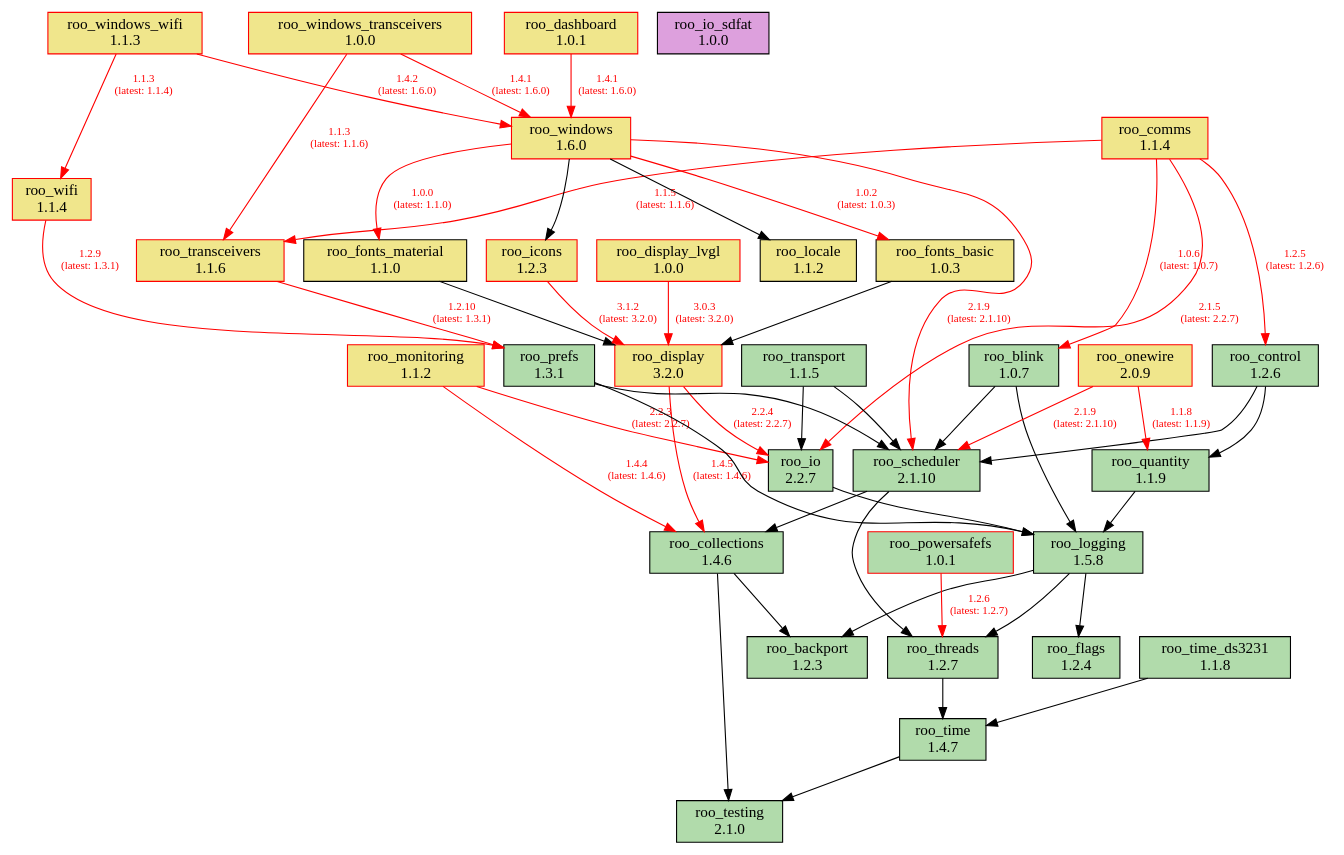
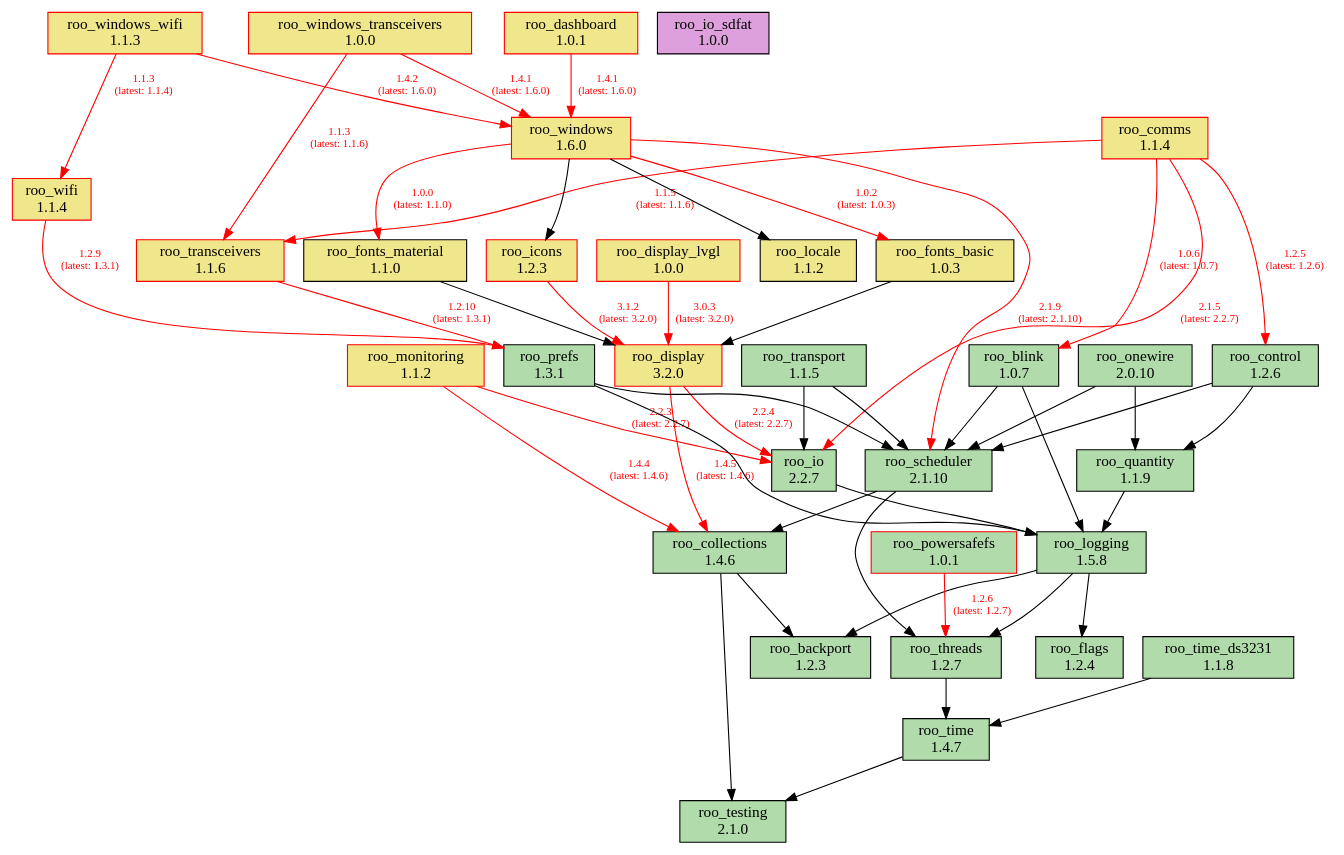
One commit to dejwk/roo-registry changed the diagram in doc/dependencies.dot. Above: the diagram before and after it, drawn with Graphviz. The commit also changed 3 other files, not shown here.

Commit message:
Added roo_onewire 2.0.10 to the registry.

```diff
--- a/doc/dependencies.dot
+++ b/doc/dependencies.dot
@@ -1,88 +1,88 @@
 digraph dependencies {
     rankdir=TB;
     node [shape=box, style=filled];
     edge [fontsize=10];
 
     // Modules
     "roo_backport" [label="roo_backport\n1.2.3", fillcolor="#b1dbab", color="black"];
     "roo_blink" [label="roo_blink\n1.0.7", fillcolor="#b1dbab", color="black"];
     "roo_collections" [label="roo_collections\n1.4.6", fillcolor="#b1dbab", color="black"];
     "roo_comms" [label="roo_comms\n1.1.4", fillcolor="khaki", color="red"];
     "roo_control" [label="roo_control\n1.2.6", fillcolor="#b1dbab", color="black"];
     "roo_dashboard" [label="roo_dashboard\n1.0.1", fillcolor="khaki", color="red"];
     "roo_display" [label="roo_display\n3.2.0", fillcolor="khaki", color="red"];
     "roo_display_lvgl" [label="roo_display_lvgl\n1.0.0", fillcolor="khaki", color="red"];
     "roo_flags" [label="roo_flags\n1.2.4", fillcolor="#b1dbab", color="black"];
     "roo_fonts_basic" [label="roo_fonts_basic\n1.0.3", fillcolor="khaki", color="black"];
     "roo_fonts_material" [label="roo_fonts_material\n1.1.0", fillcolor="khaki", color="black"];
     "roo_icons" [label="roo_icons\n1.2.3", fillcolor="khaki", color="red"];
     "roo_io" [label="roo_io\n2.2.7", fillcolor="#b1dbab", color="black"];
     "roo_io_sdfat" [label="roo_io_sdfat\n1.0.0", fillcolor="plum", color="black"];
     "roo_locale" [label="roo_locale\n1.1.2", fillcolor="khaki", color="black"];
     "roo_logging" [label="roo_logging\n1.5.8", fillcolor="#b1dbab", color="black"];
     "roo_monitoring" [label="roo_monitoring\n1.1.2", fillcolor="khaki", color="red"];
-    "roo_onewire" [label="roo_onewire\n2.0.9", fillcolor="khaki", color="red"];
+    "roo_onewire" [label="roo_onewire\n2.0.10", fillcolor="#b1dbab", color="black"];
     "roo_powersafefs" [label="roo_powersafefs\n1.0.1", fillcolor="#b1dbab", color="red"];
     "roo_prefs" [label="roo_prefs\n1.3.1", fillcolor="#b1dbab", color="black"];
     "roo_quantity" [label="roo_quantity\n1.1.9", fillcolor="#b1dbab", color="black"];
     "roo_scheduler" [label="roo_scheduler\n2.1.10", fillcolor="#b1dbab", color="black"];
     "roo_testing" [label="roo_testing\n2.1.0", fillcolor="#b1dbab", color="black"];
     "roo_threads" [label="roo_threads\n1.2.7", fillcolor="#b1dbab", color="black"];
     "roo_time" [label="roo_time\n1.4.7", fillcolor="#b1dbab", color="black"];
     "roo_time_ds3231" [label="roo_time_ds3231\n1.1.8", fillcolor="#b1dbab", color="black"];
     "roo_transceivers" [label="roo_transceivers\n1.1.6", fillcolor="khaki", color="red"];
     "roo_transport" [label="roo_transport\n1.1.5", fillcolor="#b1dbab", color="black"];
     "roo_wifi" [label="roo_wifi\n1.1.4", fillcolor="khaki", color="red"];
     "roo_windows" [label="roo_windows\n1.6.0", fillcolor="khaki", color="red"];
     "roo_windows_transceivers" [label="roo_windows_transceivers\n1.0.0", fillcolor="khaki", color="red"];
     "roo_windows_wifi" [label="roo_windows_wifi\n1.1.3", fillcolor="khaki", color="red"];
 
     // Dependencies
     "roo_blink" -> "roo_logging";
     "roo_blink" -> "roo_scheduler";
     "roo_collections" -> "roo_testing";
     "roo_collections" -> "roo_backport";
     "roo_comms" -> "roo_blink" [color=red, fontcolor=red, label="1.0.6\n(latest: 1.0.7)"];
     "roo_comms" -> "roo_control" [color=red, fontcolor=red, label="1.2.5\n(latest: 1.2.6)"];
     "roo_comms" -> "roo_io" [color=red, fontcolor=red, label="2.1.5\n(latest: 2.2.7)"];
     "roo_comms" -> "roo_transceivers" [color=red, fontcolor=red, label="1.1.5\n(latest: 1.1.6)"];
     "roo_control" -> "roo_quantity";
     "roo_control" -> "roo_scheduler";
     "roo_dashboard" -> "roo_windows" [color=red, fontcolor=red, label="1.4.1\n(latest: 1.6.0)"];
     "roo_display" -> "roo_collections" [color=red, fontcolor=red, label="1.4.5\n(latest: 1.4.6)"];
     "roo_display" -> "roo_io" [color=red, fontcolor=red, label="2.2.4\n(latest: 2.2.7)"];
     "roo_display_lvgl" -> "roo_display" [color=red, fontcolor=red, label="3.0.3\n(latest: 3.2.0)"];
     "roo_fonts_basic" -> "roo_display";
     "roo_fonts_material" -> "roo_display";
     "roo_icons" -> "roo_display" [color=red, fontcolor=red, label="3.1.2\n(latest: 3.2.0)"];
     "roo_io" -> "roo_logging";
     "roo_logging" -> "roo_backport";
     "roo_logging" -> "roo_flags";
     "roo_logging" -> "roo_threads";
     "roo_monitoring" -> "roo_collections" [color=red, fontcolor=red, label="1.4.4\n(latest: 1.4.6)"];
     "roo_monitoring" -> "roo_io" [color=red, fontcolor=red, label="2.2.3\n(latest: 2.2.7)"];
-    "roo_onewire" -> "roo_scheduler" [color=red, fontcolor=red, label="2.1.9\n(latest: 2.1.10)"];
-    "roo_onewire" -> "roo_quantity" [color=red, fontcolor=red, label="1.1.8\n(latest: 1.1.9)"];
+    "roo_onewire" -> "roo_scheduler";
+    "roo_onewire" -> "roo_quantity";
     "roo_powersafefs" -> "roo_threads" [color=red, fontcolor=red, label="1.2.6\n(latest: 1.2.7)"];
     "roo_prefs" -> "roo_logging";
     "roo_prefs" -> "roo_scheduler";
     "roo_quantity" -> "roo_logging";
     "roo_scheduler" -> "roo_collections";
     "roo_scheduler" -> "roo_threads";
     "roo_threads" -> "roo_time";
     "roo_time" -> "roo_testing";
     "roo_time_ds3231" -> "roo_time";
     "roo_transceivers" -> "roo_prefs" [color=red, fontcolor=red, label="1.2.10\n(latest: 1.3.1)"];
     "roo_transport" -> "roo_io";
     "roo_transport" -> "roo_scheduler";
     "roo_wifi" -> "roo_prefs" [color=red, fontcolor=red, label="1.2.9\n(latest: 1.3.1)"];
     "roo_windows" -> "roo_fonts_basic" [color=red, fontcolor=red, label="1.0.2\n(latest: 1.0.3)"];
     "roo_windows" -> "roo_fonts_material" [color=red, fontcolor=red, label="1.0.0\n(latest: 1.1.0)"];
     "roo_windows" -> "roo_locale";
     "roo_windows" -> "roo_icons";
     "roo_windows" -> "roo_scheduler" [color=red, fontcolor=red, label="2.1.9\n(latest: 2.1.10)"];
     "roo_windows_transceivers" -> "roo_transceivers" [color=red, fontcolor=red, label="1.1.3\n(latest: 1.1.6)"];
     "roo_windows_transceivers" -> "roo_windows" [color=red, fontcolor=red, label="1.4.1\n(latest: 1.6.0)"];
     "roo_windows_wifi" -> "roo_wifi" [color=red, fontcolor=red, label="1.1.3\n(latest: 1.1.4)"];
     "roo_windows_wifi" -> "roo_windows" [color=red, fontcolor=red, label="1.4.2\n(latest: 1.6.0)"];
 }
```
